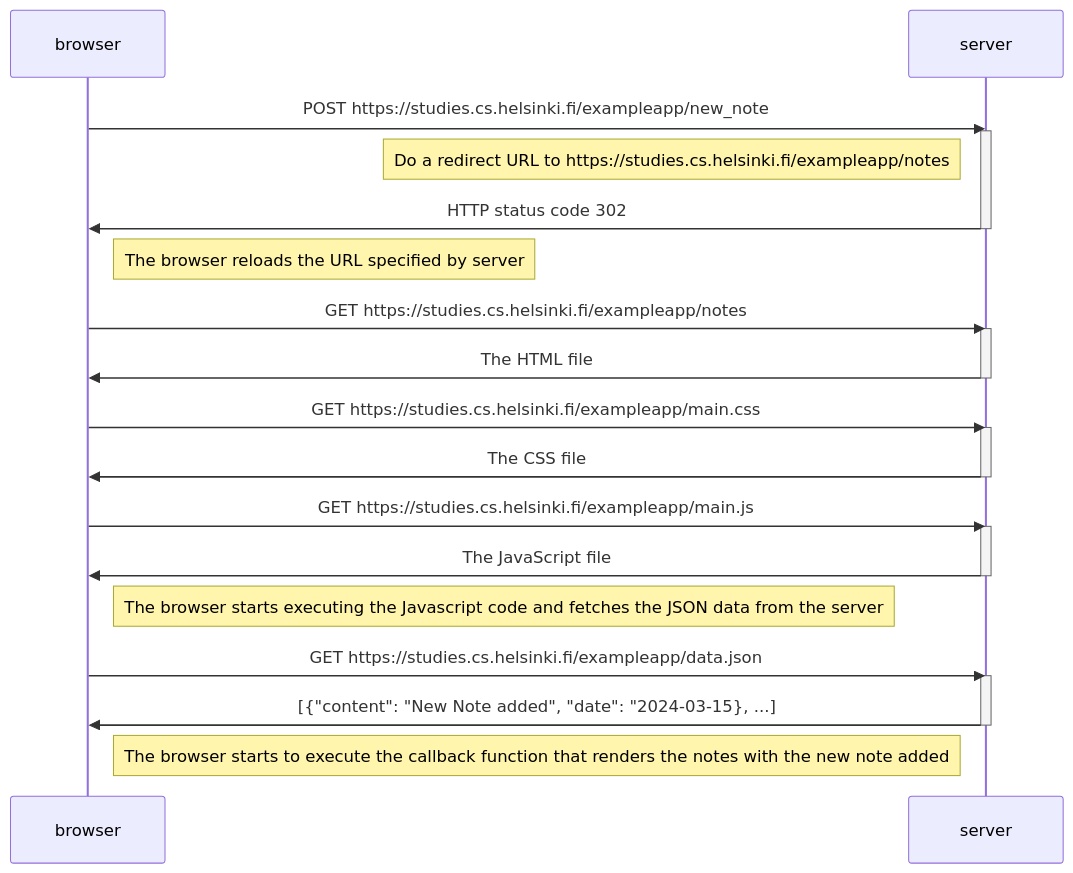
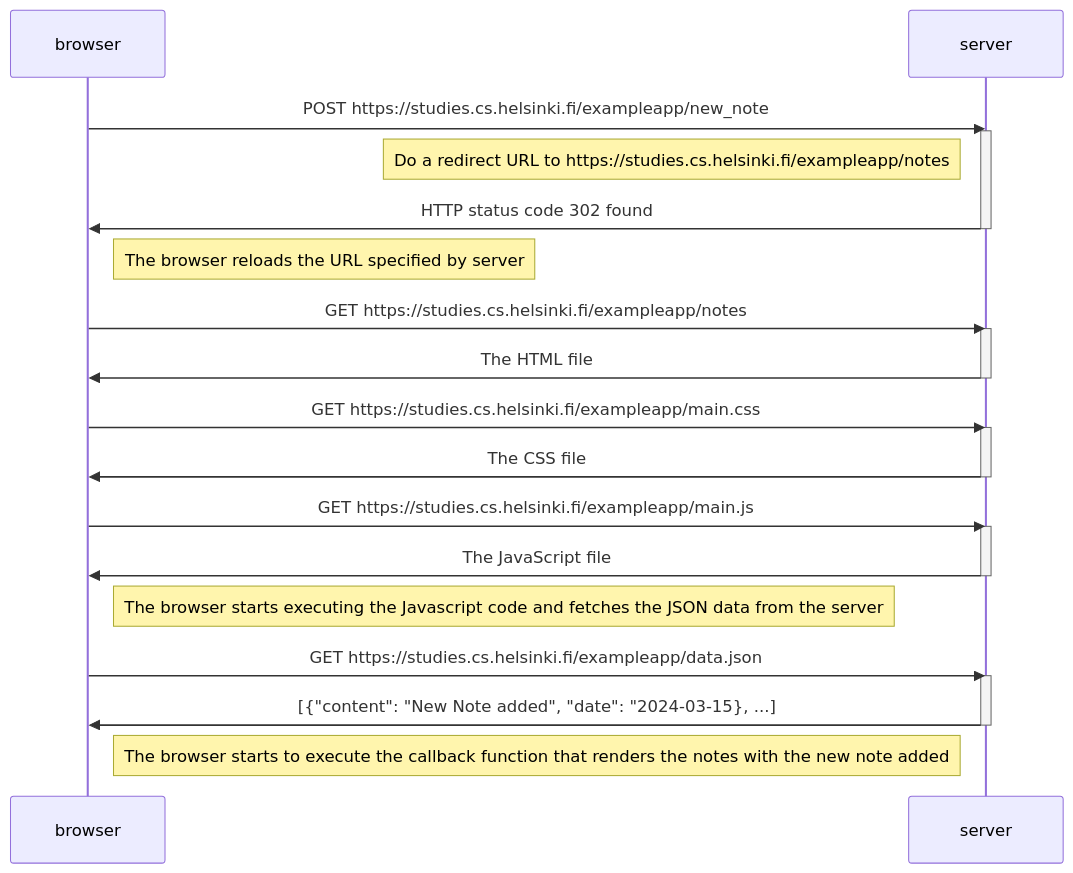
Before and after one commit to anceldev/fullStackOpen: the diagram in part0/0.4-Nuevo-diagrama-de-nota.md, drawn with Mermaid. The commit also changed 1 other file, not shown here.

````diff
--- a/part0/0.4-Nuevo-diagrama-de-nota.md
+++ b/part0/0.4-Nuevo-diagrama-de-nota.md
@@ -1,38 +1,38 @@
 ```mermaid
 sequenceDiagram
   participant browser
   participant server
 
   browser->>server: POST https://studies.cs.helsinki.fi/exampleapp/new_note
   activate server
   Note left of server: Do a redirect URL to https://studies.cs.helsinki.fi/exampleapp/notes
-  server->>browser: HTTP status code 302
+  server->>browser: HTTP status code 302 found
   deactivate server
 
   Note right of browser: The browser reloads the URL specified by server
 
   browser->>server: GET https://studies.cs.helsinki.fi/exampleapp/notes
   activate server
   server->>browser: The HTML file
   deactivate server
 
   browser->>server: GET https://studies.cs.helsinki.fi/exampleapp/main.css
   activate server
   server->>browser: The CSS file
   deactivate server
 
   browser->>server: GET https://studies.cs.helsinki.fi/exampleapp/main.js
   activate server
   server->>browser: The JavaScript file
   deactivate server
 
   Note right of browser: The browser starts executing the Javascript code and fetches the JSON data from the server
 
   browser->>server: GET https://studies.cs.helsinki.fi/exampleapp/data.json
   activate server
   server->>browser: [{"content": "New Note added", "date": "2024-03-15}, ...]
   deactivate server
 
   Note right of browser: The browser starts to execute the callback function that renders the notes with the new note added
 
 ```
````
